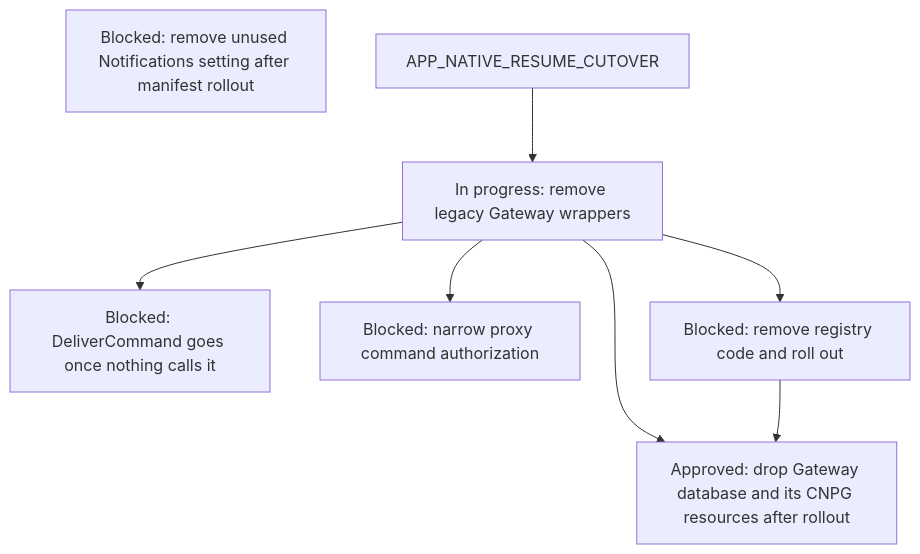
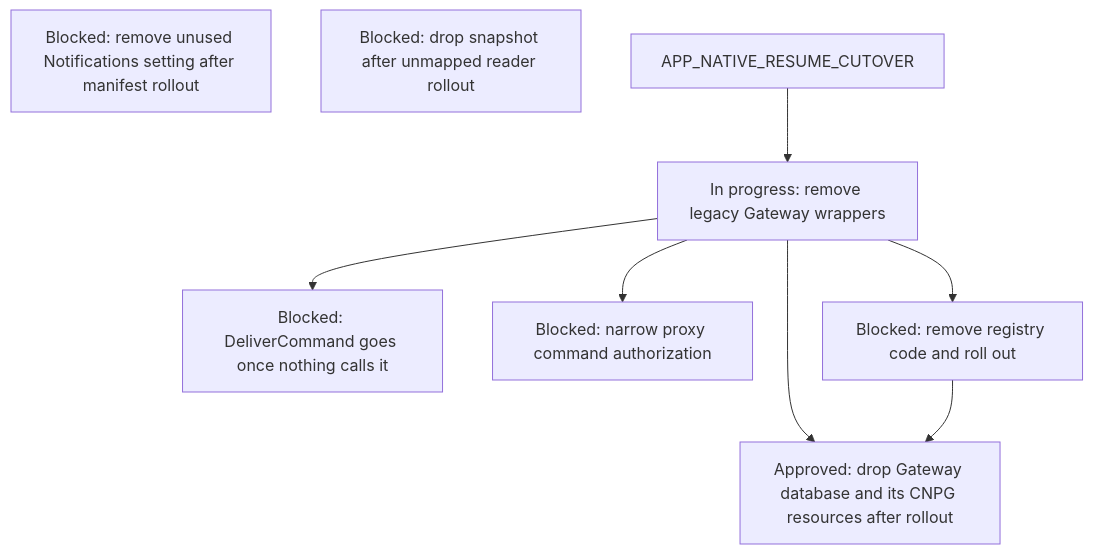
Before and after one commit to agentydragon/ducktape: diagram 15 of 16 in agentplane/plans/task_dag.md, drawn with Mermaid.

Commit message:
Keep remaining opening-column rollout gate in graph

````diff
--- a/agentplane/plans/task_dag.md
+++ b/agentplane/plans/task_dag.md
@@ -1300,15 +1300,16 @@
 ```mermaid
 flowchart TD
     RUNNER_COMMAND_RPCS[Blocked: DeliverCommand goes once nothing calls it]
     NOTIFICATION_GATEWAY_TARGET_READER_RETIRE[Blocked: remove unused Notifications setting after manifest rollout]
+    DISPATCHER_OPENING_ATTACHED_COLUMN_DROP[Blocked: drop snapshot after unmapped reader rollout]
     GATEWAY_WRAPPER_RETIRE --> RUNNER_COMMAND_RPCS
     GATEWAY_WRAPPER_RETIRE[In progress: remove legacy Gateway wrappers]
     APP_NATIVE_RESUME_CUTOVER --> GATEWAY_WRAPPER_RETIRE
     GATEWAY_DATABASE_DROP[Approved: drop Gateway database and its CNPG resources after rollout]
     PROXY_START_METHODS_DISPATCHER_ONLY[Blocked: narrow proxy command authorization]
     GATEWAY_WRAPPER_RETIRE --> PROXY_START_METHODS_DISPATCHER_ONLY
     GATEWAY_WRAPPER_RETIRE --> GATEWAY_DATABASE_DROP
     GATEWAY_SESSION_REGISTRY_RETIRE[Blocked: remove registry code and roll out]
     GATEWAY_WRAPPER_RETIRE --> GATEWAY_SESSION_REGISTRY_RETIRE
     GATEWAY_SESSION_REGISTRY_RETIRE --> GATEWAY_DATABASE_DROP
 ```
````
